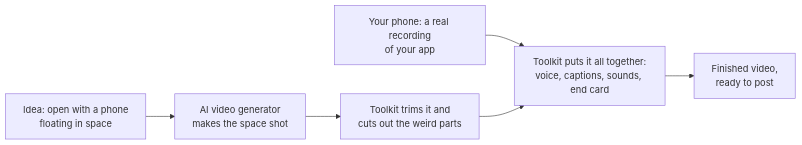
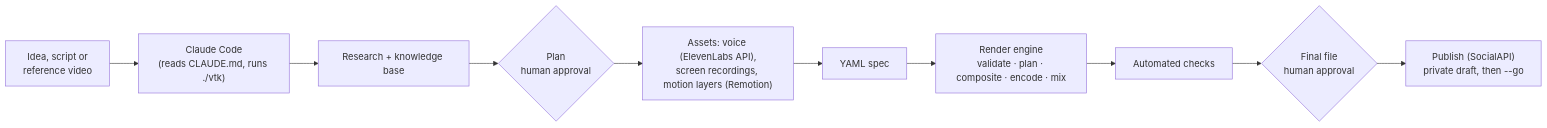
Before and after one commit to pavanmulka/claude-video-toolkit: the diagram in README.md, drawn with Mermaid. The commit also changed other lines of this file and 5 other files, not shown here.

````diff
--- a/README.md
+++ b/README.md
@@ -80,8 +15,12 @@
 ```mermaid
 flowchart LR
-    A["Idea: open with a phone<br/>floating in space"] --> B["AI video generator<br/>makes the space shot"]
-    B --> C["Toolkit trims it and<br/>cuts out the weird parts"]
-    D["Your phone: a real recording<br/>of your app"] --> E
-    C --> E["Toolkit puts it all together:<br/>voice, captions, sounds, end card"]
-    E --> F["Finished video,<br/>ready to post"]
+    A["Idea, script or<br/>reference video"] --> B["Claude Code<br/>(reads CLAUDE.md, runs ./vtk)"]
+    B --> C["Research + knowledge base"]
+    C --> D{"Plan<br/>human approval"}
+    D --> E["Assets: voice (ElevenLabs API),<br/>screen recordings, motion layers (Remotion)"]
+    E --> F["YAML spec"]
+    F --> G["Render engine<br/>validate · plan · composite · encode · mix"]
+    G --> H["Automated checks"]
+    H --> I{"Final file<br/>human approval"}
+    I --> J["Publish (SocialAPI)<br/>private draft, then --go"]
 ```
````
